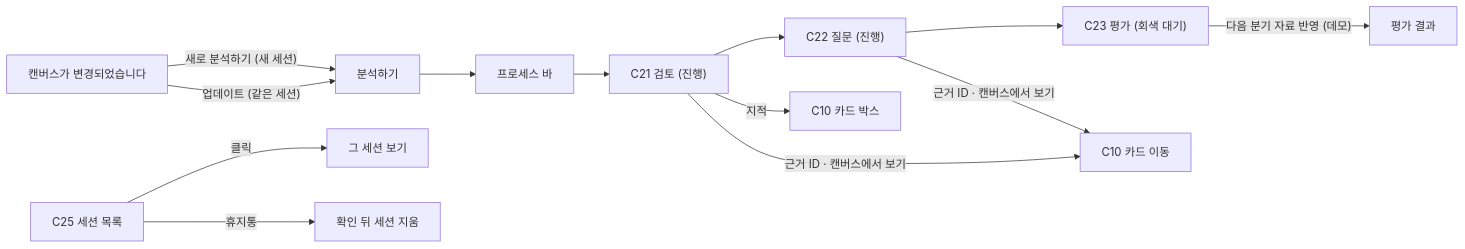
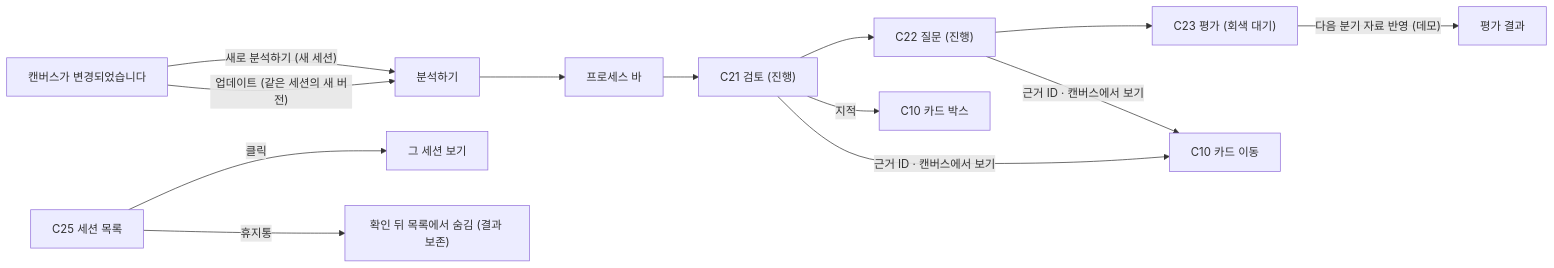
One commit to vamos-team/telescope changed the sixth of 7 diagrams in docs/frontend/ia.md. Above: the diagram before and after it, drawn with Mermaid. The commit also changed other lines of this file and 12 other files, not shown here.

````diff
--- a/docs/frontend/ia.md
+++ b/docs/frontend/ia.md
@@ -373,12 +373,12 @@
 ```mermaid
 flowchart LR
   A["분석하기"] --> P["프로세스 바"]
   P --> R["C21 검토 (진행)"] --> Q["C22 질문 (진행)"] --> E["C23 평가 (회색 대기)"]
   E -->|"다음 분기 자료 반영 (데모)"| E2["평가 결과"]
   R -->|"지적"| CV["C10 카드 박스"]
   R & Q -->|"근거 ID · 캔버스에서 보기"| CV2["C10 카드 이동"]
   L["C25 세션 목록"] -->|클릭| S["그 세션 보기"]
   B["캔버스가 변경되었습니다"] -->|"새로 분석하기 (새 세션)"| A
-  B -->|"업데이트 (같은 세션)"| A
-  L -->|"휴지통"| X["확인 뒤 세션 지움"]
+  B -->|"업데이트 (같은 세션의 새 버전)"| A
+  L -->|"휴지통"| X["확인 뒤 목록에서 숨김 (결과 보존)"]
 ```
````
